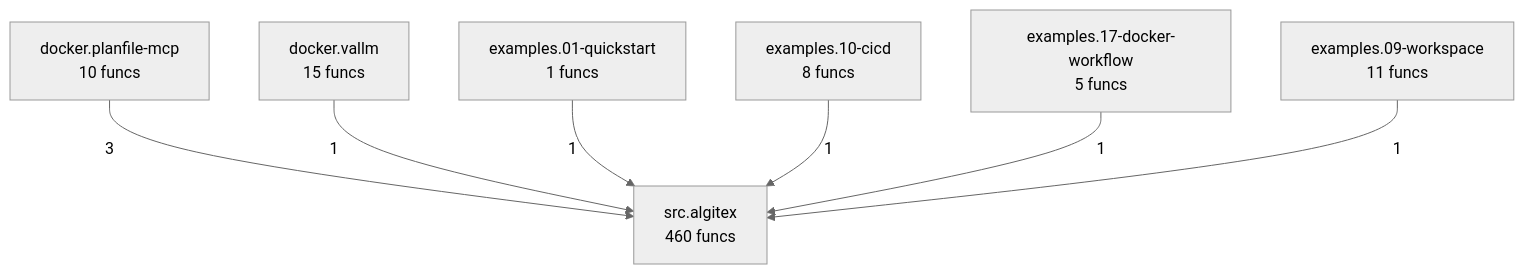
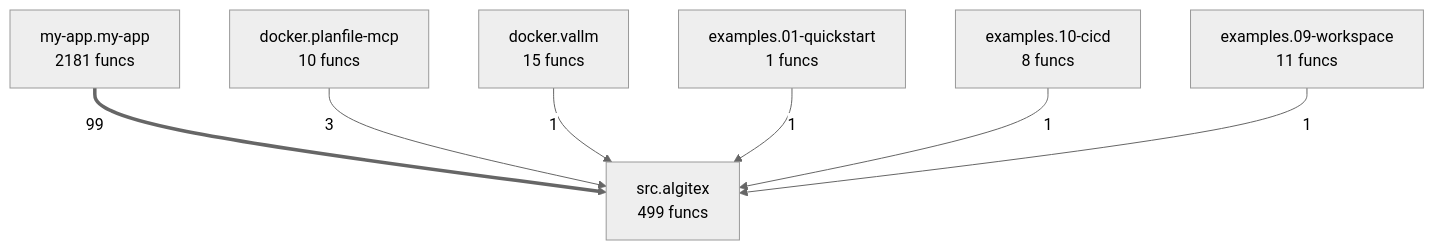
The diagram in project/compact_flow.mmd (semcod/algitex), drawn with Mermaid (neutral theme) before and after one commit. The commit also changed 13 other files, not shown here.

```diff
--- a/project/compact_flow.mmd
+++ b/project/compact_flow.mmd
@@ -1,14 +1,14 @@
 flowchart TD
     docker__planfile_mcp["docker.planfile-mcp<br/>10 funcs"]
     docker__vallm["docker.vallm<br/>15 funcs"]
     examples__01_quickstart["examples.01-quickstart<br/>1 funcs"]
     examples__09_workspace["examples.09-workspace<br/>11 funcs"]
     examples__10_cicd["examples.10-cicd<br/>8 funcs"]
-    examples__17_docker_workflow["examples.17-docker-workflow<br/>5 funcs"]
-    src__algitex["src.algitex<br/>460 funcs"]
+    my_app__my_app["my-app.my-app<br/>2181 funcs"]
+    src__algitex["src.algitex<br/>499 funcs"]
+    my_app__my_app ==>|99| src__algitex
     docker__planfile_mcp -->|3| src__algitex
     docker__vallm -->|1| src__algitex
     examples__01_quickstart -->|1| src__algitex
     examples__10_cicd -->|1| src__algitex
-    examples__17_docker_workflow -->|1| src__algitex
     examples__09_workspace -->|1| src__algitex
```
